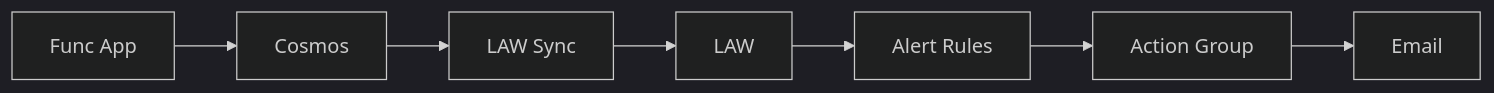
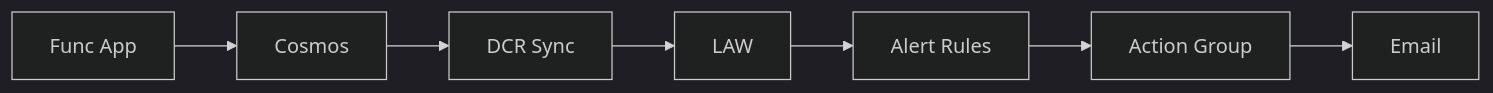
The tenth of 13 diagrams in docs/technical-guide.md (gitpavleenbali/azure-amortized-cost-management), drawn with Mermaid before and after one commit. The commit also changed other lines of this file, not shown here.

````diff
--- a/docs/technical-guide.md
+++ b/docs/technical-guide.md
@@ -607,9 +395,9 @@
 ```mermaid
 %%{init: {"theme": "dark"}}%%
 flowchart LR
-    A["Func App"] --> B["Cosmos"] --> C["LAW Sync"]
+    A["Func App"] --> B["Cosmos"] --> C["DCR Sync"]
     C --> D["LAW"]
     D --> E["Alert Rules"]
     E --> F["Action Group"]
     F --> G["Email"]
 ```
````
